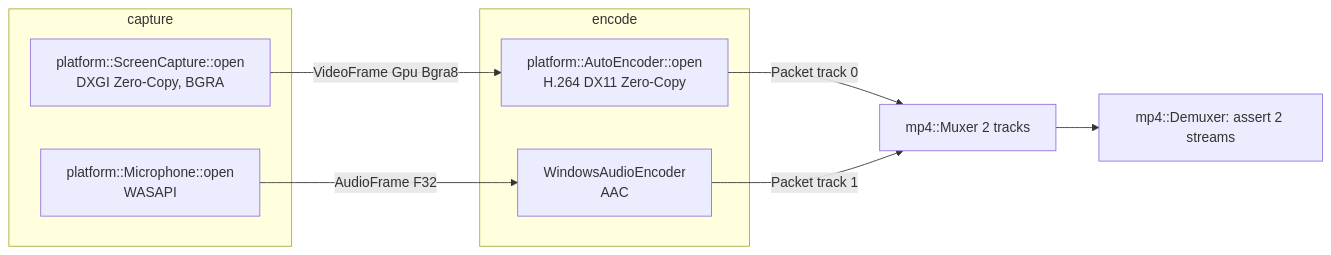
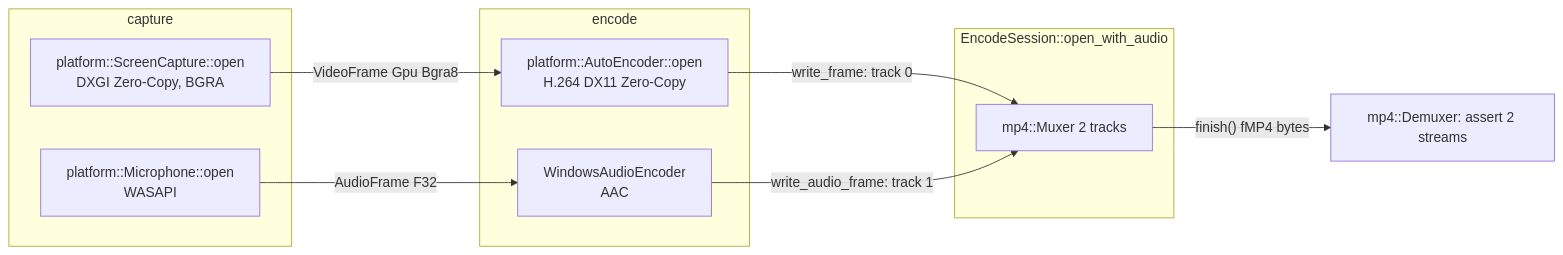
One commit to nyxways/mediaway changed the diagram in docs/ai/wiki/pipeline/screen-record-av.md. Above: the diagram before and after it, drawn with Mermaid. The commit also changed other lines of this file and 5 other files, not shown here.

First line of the commit message:
refactor(mediaway): migrate screen_mic_av_smoke onto EncodeSession::open_with_audio

````diff
--- a/docs/ai/wiki/pipeline/screen-record-av.md
+++ b/docs/ai/wiki/pipeline/screen-record-av.md
@@ -20,16 +28,19 @@
 ```mermaid
 flowchart LR
     subgraph capture
         SC[platform::ScreenCapture::open\nDXGI Zero-Copy, BGRA]
         MC[platform::Microphone::open\nWASAPI]
     end
     subgraph encode
         VE[platform::AutoEncoder::open\nH.264 DX11 Zero-Copy]
         AE[WindowsAudioEncoder\nAAC]
     end
+    subgraph session [EncodeSession::open_with_audio]
+        MUX[mp4::Muxer 2 tracks]
+    end
     SC -- VideoFrame Gpu Bgra8 --> VE
     MC -- AudioFrame F32 --> AE
-    VE -- Packet track 0 --> MUX[mp4::Muxer 2 tracks]
-    AE -- Packet track 1 --> MUX
-    MUX --> DEMUX[mp4::Demuxer: assert 2 streams]
+    VE -- write_frame: track 0 --> MUX
+    AE -- write_audio_frame: track 1 --> MUX
+    MUX -- finish() fMP4 bytes --> DEMUX[mp4::Demuxer: assert 2 streams]
 ```
````
